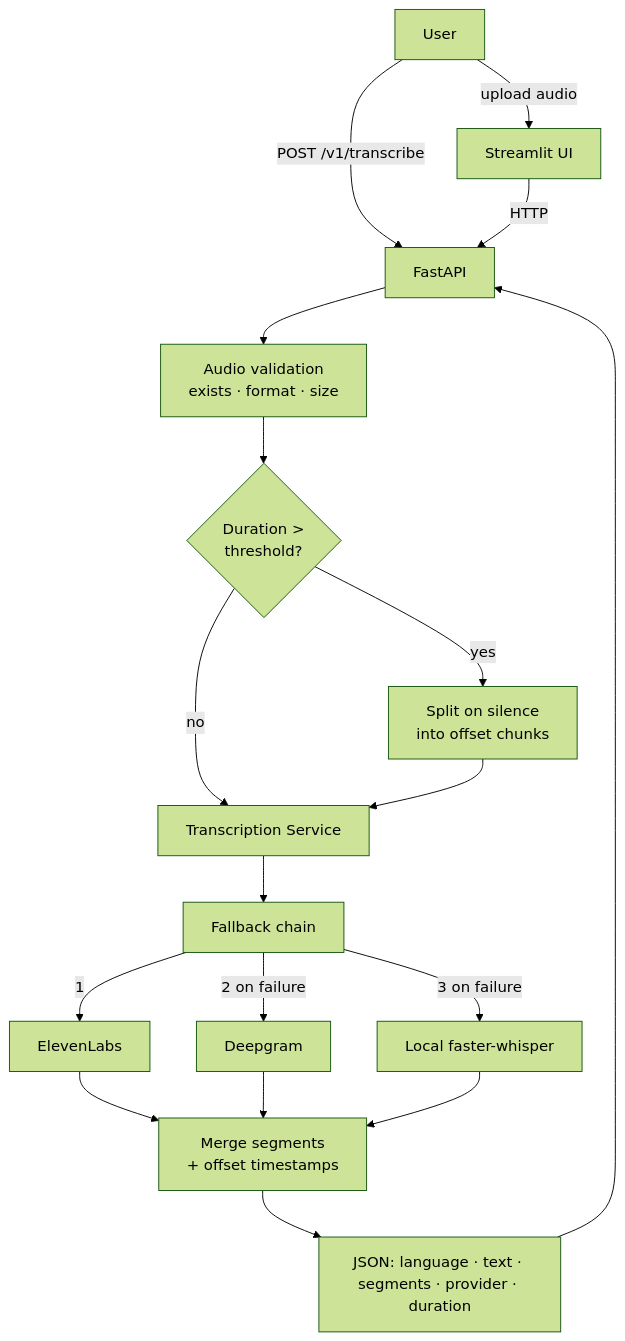
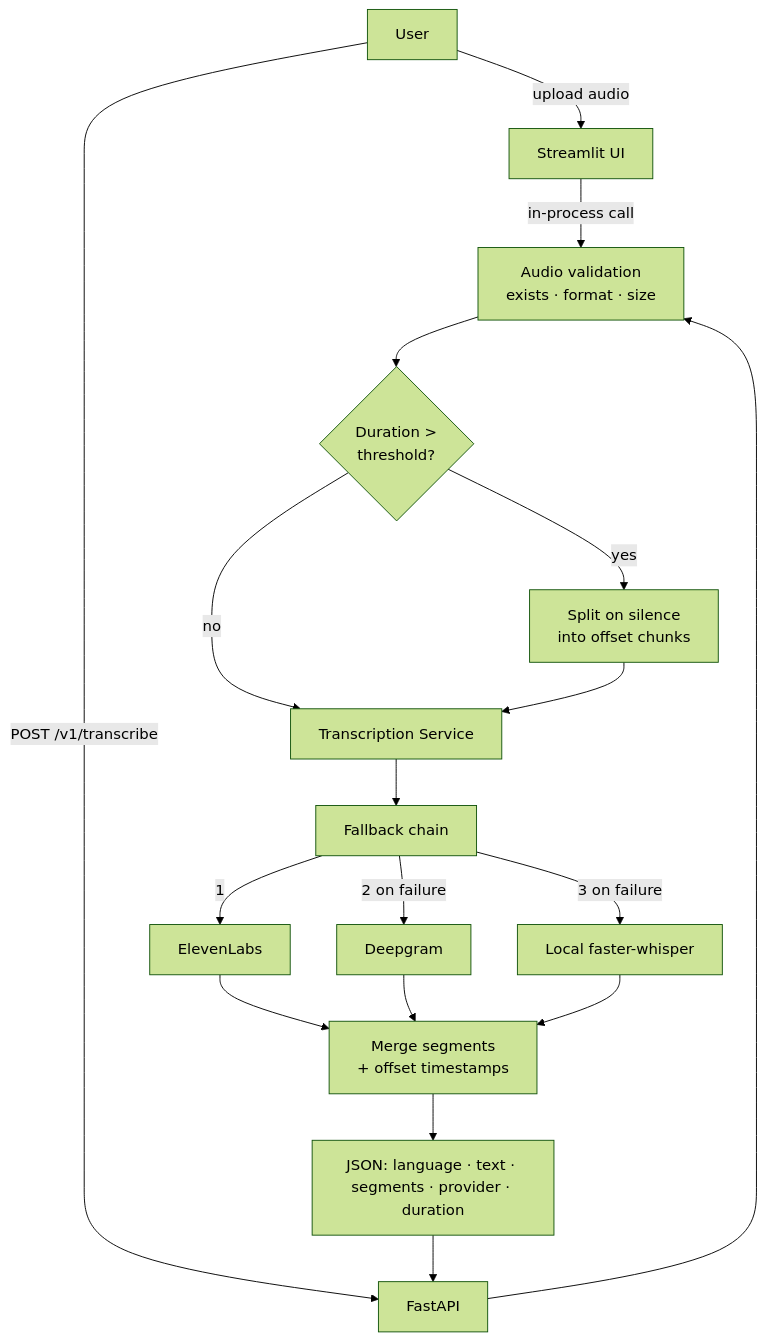
The first of 2 diagrams in docs/ARCHITECTURE.md (Aliktk/stt-endpoint), drawn with Mermaid (forest theme) before and after one commit. The commit also changed other lines of this file and 6 other files, not shown here.

First line of the commit message:
refactor: run pipeline in-process from Streamlit; UI no longer needs the API

````diff
--- a/docs/ARCHITECTURE.md
+++ b/docs/ARCHITECTURE.md
@@ -10,20 +13,20 @@
 ```mermaid
 flowchart TD
     U[User] -->|upload audio| ST[Streamlit UI]
     U -->|POST /v1/transcribe| API[FastAPI]
-    ST -->|HTTP| API
+    ST -->|in-process call| VAL
     API --> VAL[Audio validation<br/>exists · format · size]
     VAL --> LEN{Duration ><br/>threshold?}
     LEN -->|no| SVC[Transcription Service]
     LEN -->|yes| CHUNK[Split on silence<br/>into offset chunks]
     CHUNK --> SVC
     SVC --> CHAIN[Fallback chain]
     CHAIN -->|1| EL[ElevenLabs]
     CHAIN -->|2 on failure| DG[Deepgram]
     CHAIN -->|3 on failure| LW[Local faster-whisper]
     EL --> MERGE[Merge segments<br/>+ offset timestamps]
     DG --> MERGE
     LW --> MERGE
     MERGE --> OUT[JSON: language · text · segments · provider · duration]
     OUT --> API
 ```
````
